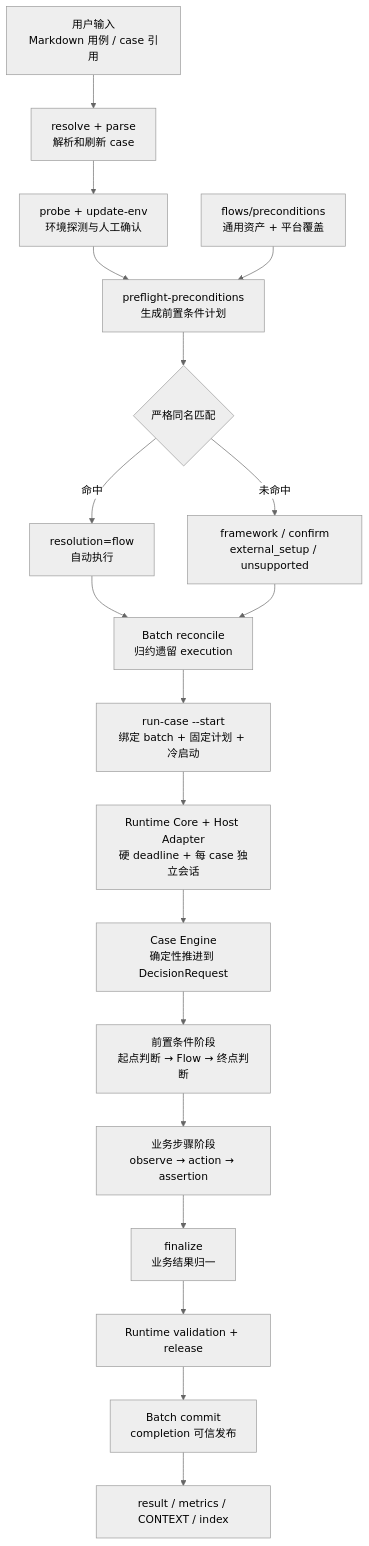
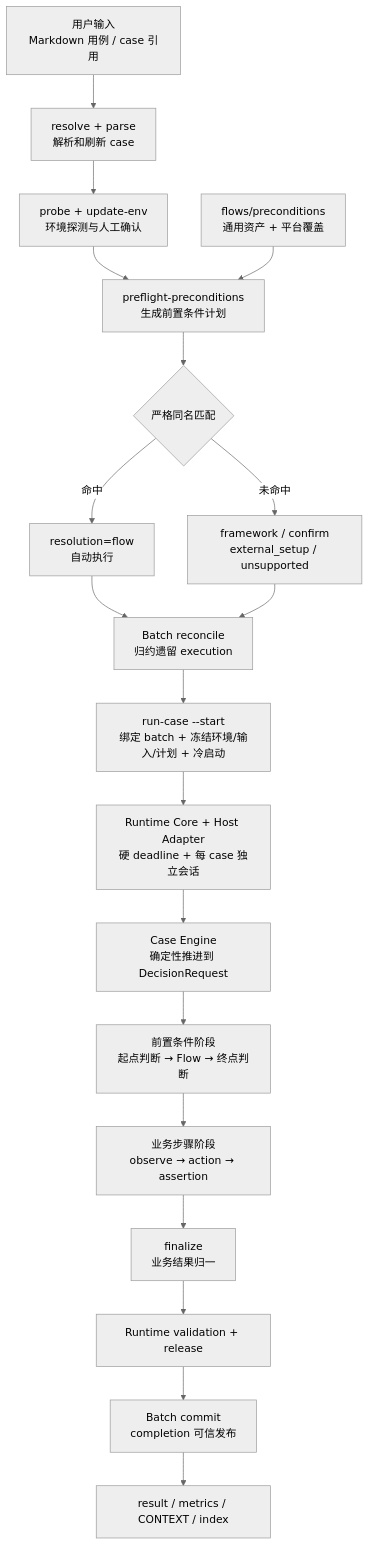
Before and after one commit to lianghuihui-plus/DevKit: the first of 5 diagrams in skills/mobile-ai-visual-test/docs/architecture.md, drawn with Mermaid (neutral theme). The commit also changed other lines of this file and 54 other files, not shown here.

````diff
--- a/skills/mobile-ai-visual-test/docs/architecture.md
+++ b/skills/mobile-ai-visual-test/docs/architecture.md
@@ -7,21 +7,21 @@
 ```mermaid
 flowchart TD
   U["用户输入<br/>Markdown 用例 / case 引用"] --> R["resolve + parse<br/>解析和刷新 case"]
   R --> E["probe + update-env<br/>环境探测与人工确认"]
   E --> P["preflight-preconditions<br/>生成前置条件计划"]
   F["flows/preconditions<br/>通用资产 + 平台覆盖"] --> P
   P --> M{"严格同名匹配"}
   M -->|命中| PF["resolution=flow<br/>自动执行"]
   M -->|未命中| PM["framework / confirm<br/>external_setup / unsupported"]
   PF --> B["Batch reconcile<br/>归约遗留 execution"]
   PM --> B
-  B --> S["run-case --start<br/>绑定 batch + 固定计划 + 冷启动"]
+  B --> S["run-case --start<br/>绑定 batch + 冻结环境/输入/计划 + 冷启动"]
   S --> AR["Runtime Core + Host Adapter<br/>硬 deadline + 每 case 独立会话"]
   AR --> CE["Case Engine<br/>确定性推进到 DecisionRequest"]
   CE --> C["前置条件阶段<br/>起点判断 → Flow → 终点判断"]
   C --> T["业务步骤阶段<br/>observe → action → assertion"]
   T --> Z["finalize<br/>业务结果归一"]
   Z --> V["Runtime validation + release"]
   V --> PUBLISH["Batch commit<br/>completion 可信发布"]
   PUBLISH --> O["result / metrics / CONTEXT / index"]
 ```
````
